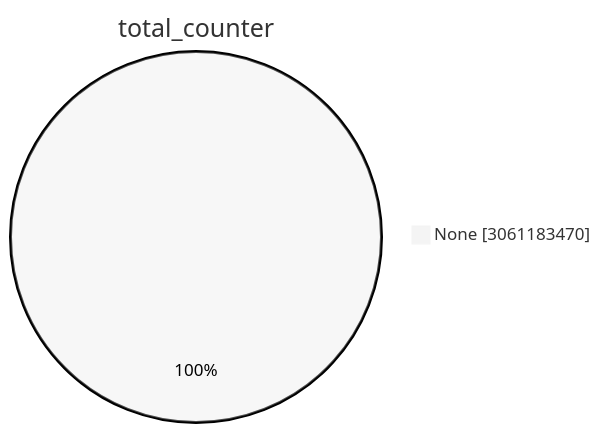
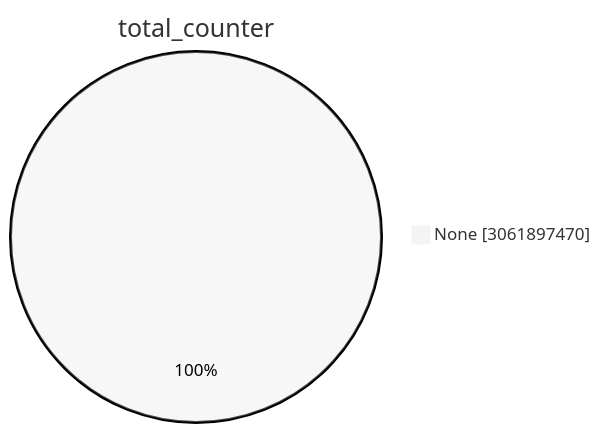
The first of 15 diagrams in TOTAL/README.md (christiankrug/ctmonitor_visualization), drawn with Mermaid (neutral theme) before and after one commit. The commit also changed other lines of this file, not shown here.

````diff
--- a/TOTAL/README.md
+++ b/TOTAL/README.md
@@ -1,5 +1,5 @@
 ```mermaid
 pie showData
 title total_counter
-"None" :3061183470
+"None" :3061897470
 ```
````
